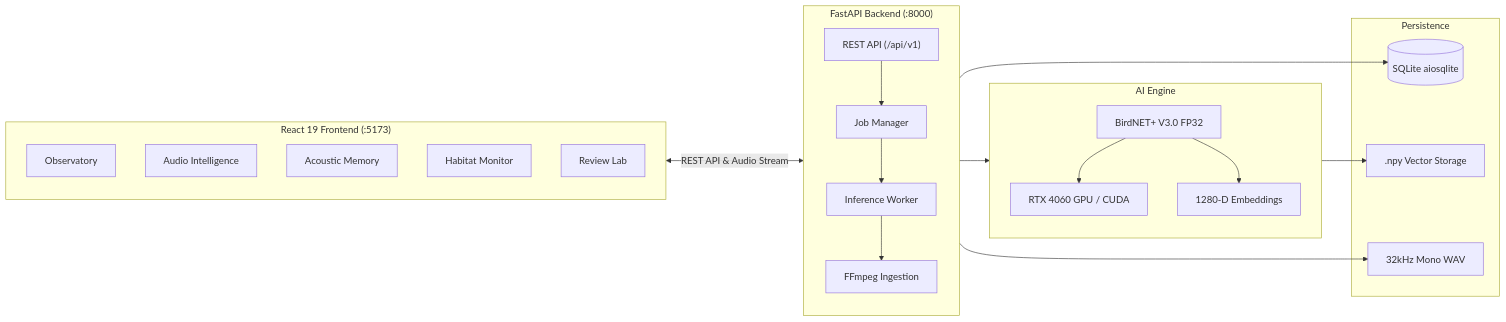
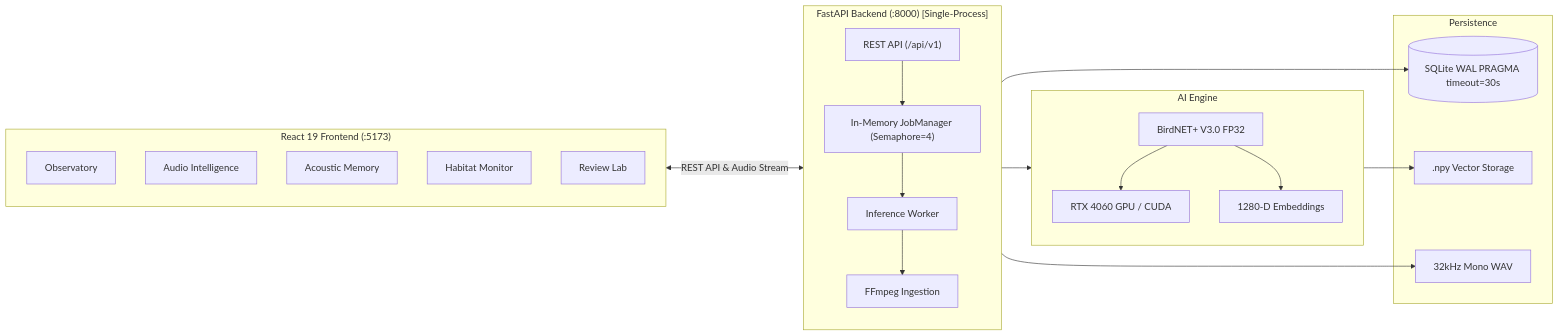
Before and after one commit to ApaarAg/ECOsonic-: the diagram in README.md, drawn with Mermaid. The commit also changed other lines of this file and 16 other files, not shown here.

````diff
--- a/README.md
+++ b/README.md
@@ -9,43 +11,43 @@
 ```mermaid
 flowchart LR
     subgraph Frontend["React 19 Frontend (:5173)"]
         direction TB
         Obs["Observatory"]
         Audio["Audio Intelligence"]
         Mem["Acoustic Memory"]
         Hab["Habitat Monitor"]
         Rev["Review Lab"]
     end
 
-    subgraph Backend["FastAPI Backend (:8000)"]
+    subgraph Backend["FastAPI Backend (:8000) [Single-Process]"]
         direction TB
         API["REST API (/api/v1)"]
-        JobMgr["Job Manager"]
+        JobMgr["In-Memory JobManager (Semaphore=4)"]
         AudioProc["FFmpeg Ingestion"]
         Worker["Inference Worker"]
     end
 
     subgraph ML["AI Engine"]
         direction TB
         ONNX["BirdNET+ V3.0 FP32"]
         GPU["RTX 4060 GPU / CUDA"]
         Embed["1280-D Embeddings"]
     end
 
     subgraph Data["Persistence"]
-        DB[(SQLite aiosqlite)]
+        DB[(SQLite WAL PRAGMA timeout=30s)]
         NPY[".npy Vector Storage"]
         WAV["32kHz Mono WAV"]
     end
 
     Frontend <-->|REST API & Audio Stream| API
     API --> JobMgr
     JobMgr --> Worker
     Worker --> AudioProc
     AudioProc --> WAV
     Worker --> ONNX
     ONNX --> GPU
     ONNX --> Embed
     Embed --> NPY
     Worker --> DB
 ```
````
